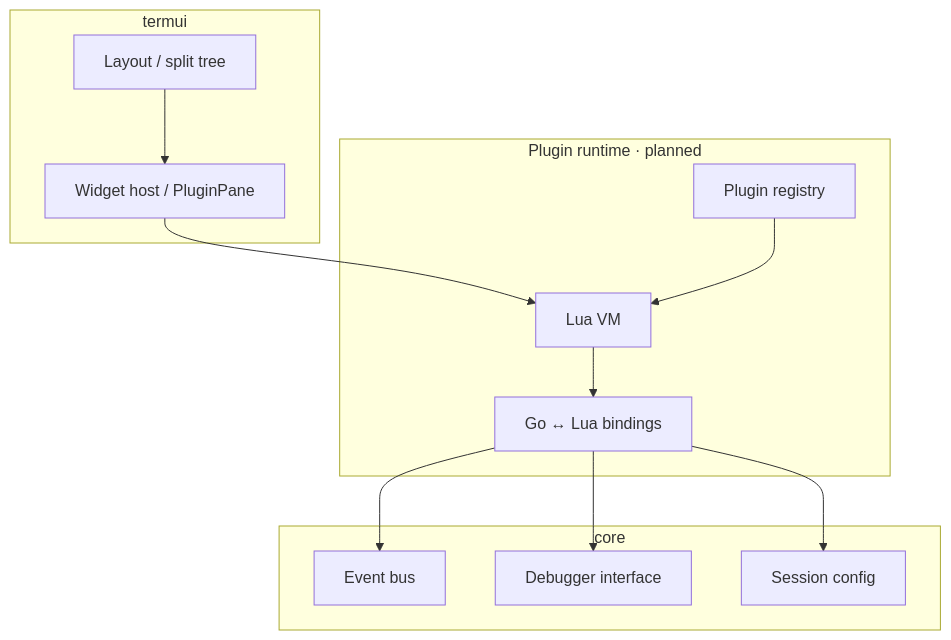
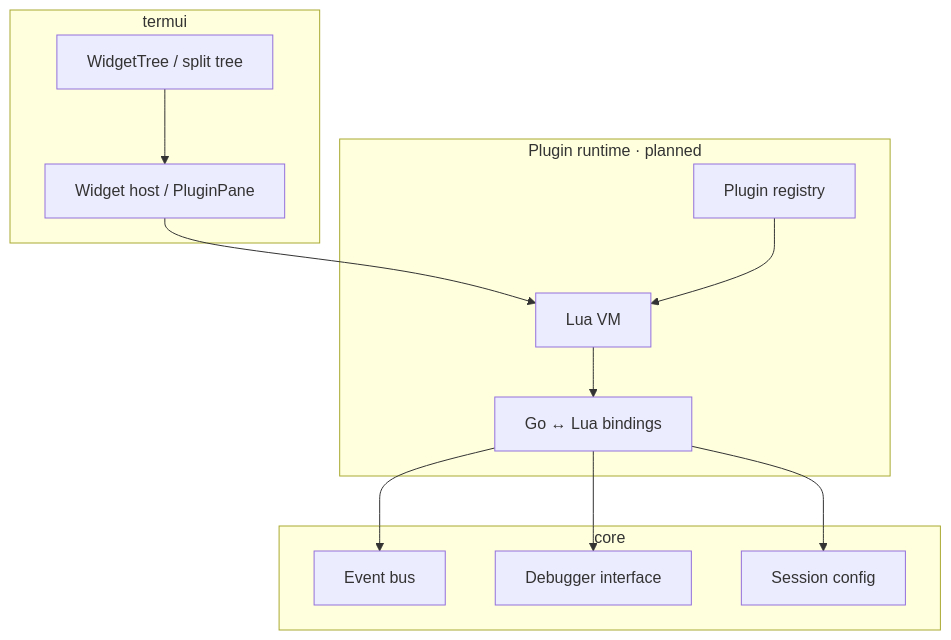
One commit to yairgd/gdbforge changed the first of 3 diagrams in docs/PLUGINS.md. Above: the diagram before and after it, drawn with Mermaid. The commit also changed other lines of this file and 11 other files, not shown here.

Commit message:
Remove redundant Layout facade; tabs own WidgetTree directly.

````diff
--- a/docs/PLUGINS.md
+++ b/docs/PLUGINS.md
@@ -52,27 +52,27 @@
 ```mermaid
 flowchart TB
     subgraph UI["termui"]
         WidgetHost["Widget host / PluginPane"]
-        Layout["Layout / split tree"]
+        Tree["WidgetTree / split tree"]
     end
 
     subgraph PluginRuntime["Plugin runtime · planned"]
         LuaVM["Lua VM"]
         Bindings["Go ↔ Lua bindings"]
         Registry["Plugin registry"]
     end
 
     subgraph Domain["core"]
         Events["Event bus"]
         Debugger["Debugger interface"]
         Session["Session config"]
     end
 
-    Layout --> WidgetHost
+    Tree --> WidgetHost
     WidgetHost --> LuaVM
     LuaVM --> Bindings
     Bindings --> Events
     Bindings --> Debugger
     Bindings --> Session
     Registry --> LuaVM
 ```
````
